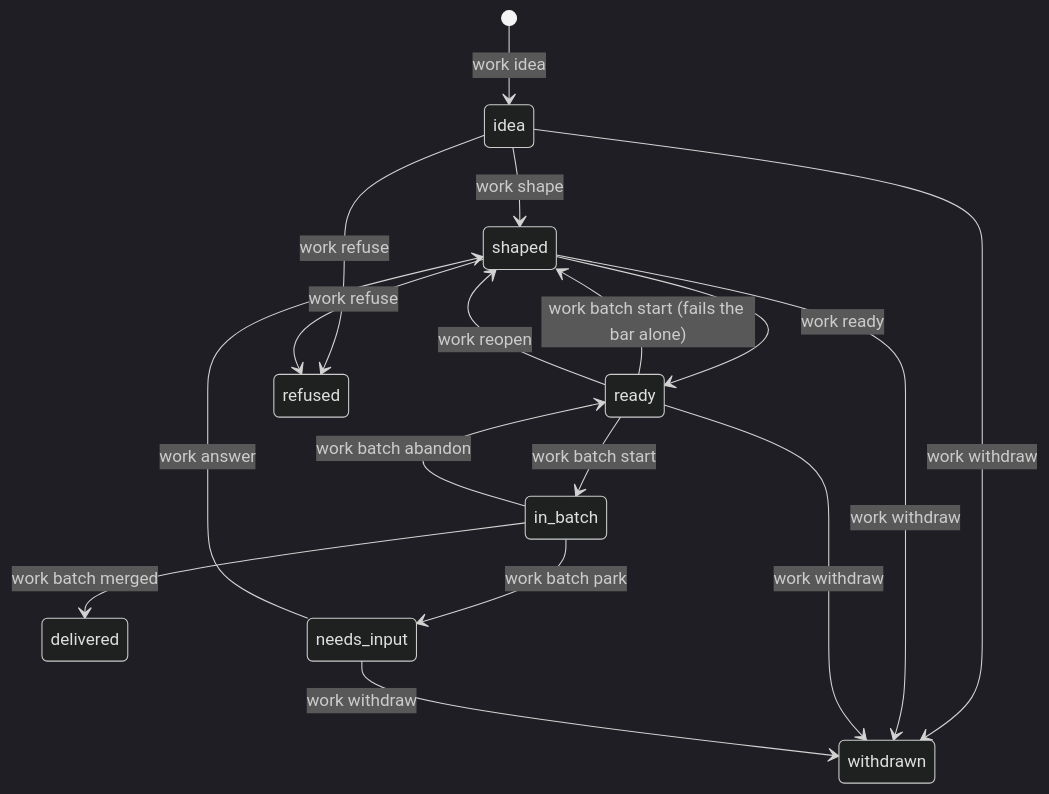
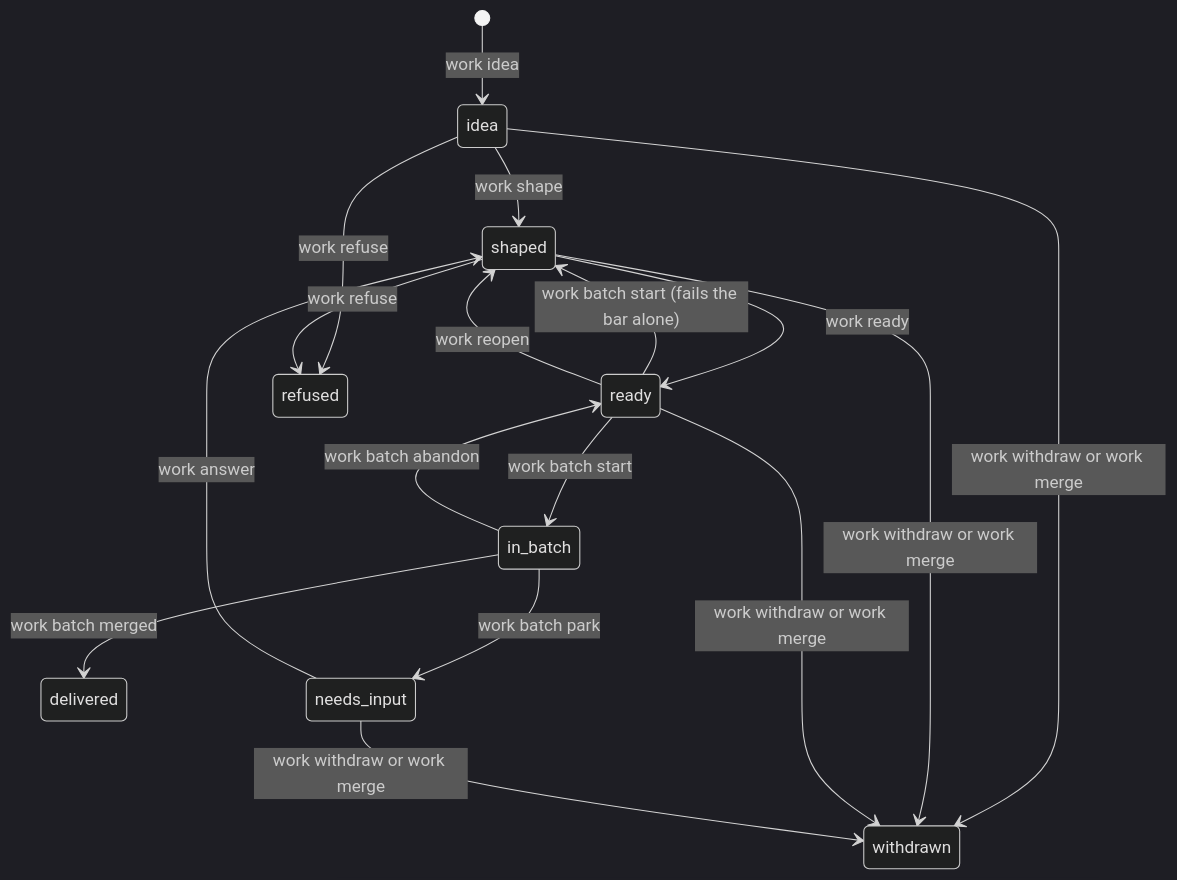
Before and after one commit to dstengle/shopsystem-bdd: the first of 3 diagrams in docs/concepts.md, drawn with Mermaid (dark theme). The commit also changed 11 other files, not shown here.

First line of the commit message:
work note, work merge, and work ready on a ready item (items#r33-r39)

````diff
--- a/docs/concepts.md
+++ b/docs/concepts.md
@@ -374,19 +374,19 @@
 ```mermaid
 stateDiagram-v2
   [*] --> idea: work idea
   idea --> shaped: work shape
   shaped --> ready: work ready
   ready --> in_batch: work batch start
   ready --> shaped: work batch start (fails the bar alone)
   ready --> shaped: work reopen
   in_batch --> delivered: work batch merged
   in_batch --> needs_input: work batch park
   in_batch --> ready: work batch abandon
   needs_input --> shaped: work answer
   idea --> refused: work refuse
   shaped --> refused: work refuse
-  idea --> withdrawn: work withdraw
-  shaped --> withdrawn: work withdraw
-  ready --> withdrawn: work withdraw
-  needs_input --> withdrawn: work withdraw
+  idea --> withdrawn: work withdraw or work merge
+  shaped --> withdrawn: work withdraw or work merge
+  ready --> withdrawn: work withdraw or work merge
+  needs_input --> withdrawn: work withdraw or work merge
 ```
````
